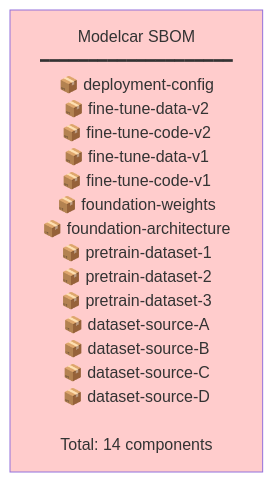
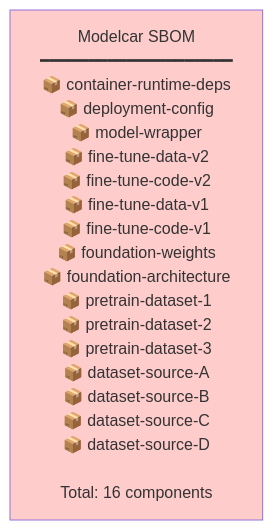
Before and after one commit to ralphbean/contextual-sbom: the fifth of 6 diagrams in README.md, drawn with Mermaid. The commit also changed other lines of this file, not shown here.

````diff
--- a/README.md
+++ b/README.md
@@ -149,6 +149,6 @@
 ```mermaid
 graph TD
-    Modelcar["Modelcar SBOM<br/>━━━━━━━━━━━━━━━━━━━━<br/>📦 deployment-config<br/>📦 fine-tune-data-v2<br/>📦 fine-tune-code-v2<br/>📦 fine-tune-data-v1<br/>📦 fine-tune-code-v1<br/>📦 foundation-weights<br/>📦 foundation-architecture<br/>📦 pretrain-dataset-1<br/>📦 pretrain-dataset-2<br/>📦 pretrain-dataset-3<br/>📦 dataset-source-A<br/>📦 dataset-source-B<br/>📦 dataset-source-C<br/>📦 dataset-source-D<br/><br/>Total: 14 components"]
+    Modelcar["Modelcar SBOM<br/>━━━━━━━━━━━━━━━━━━━━<br/>📦 container-runtime-deps<br/>📦 deployment-config<br/>📦 model-wrapper<br/>📦 fine-tune-data-v2<br/>📦 fine-tune-code-v2<br/>📦 fine-tune-data-v1<br/>📦 fine-tune-code-v1<br/>📦 foundation-weights<br/>📦 foundation-architecture<br/>📦 pretrain-dataset-1<br/>📦 pretrain-dataset-2<br/>📦 pretrain-dataset-3<br/>📦 dataset-source-A<br/>📦 dataset-source-B<br/>📦 dataset-source-C<br/>📦 dataset-source-D<br/><br/>Total: 16 components"]
 
     style Modelcar fill:#ffcccc
 ```
````
